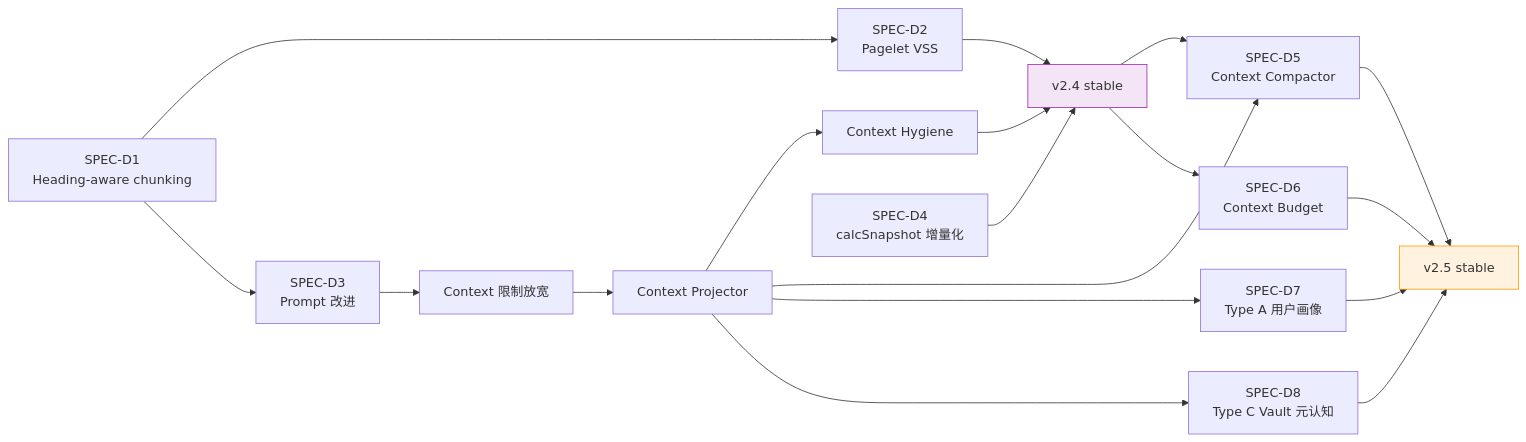
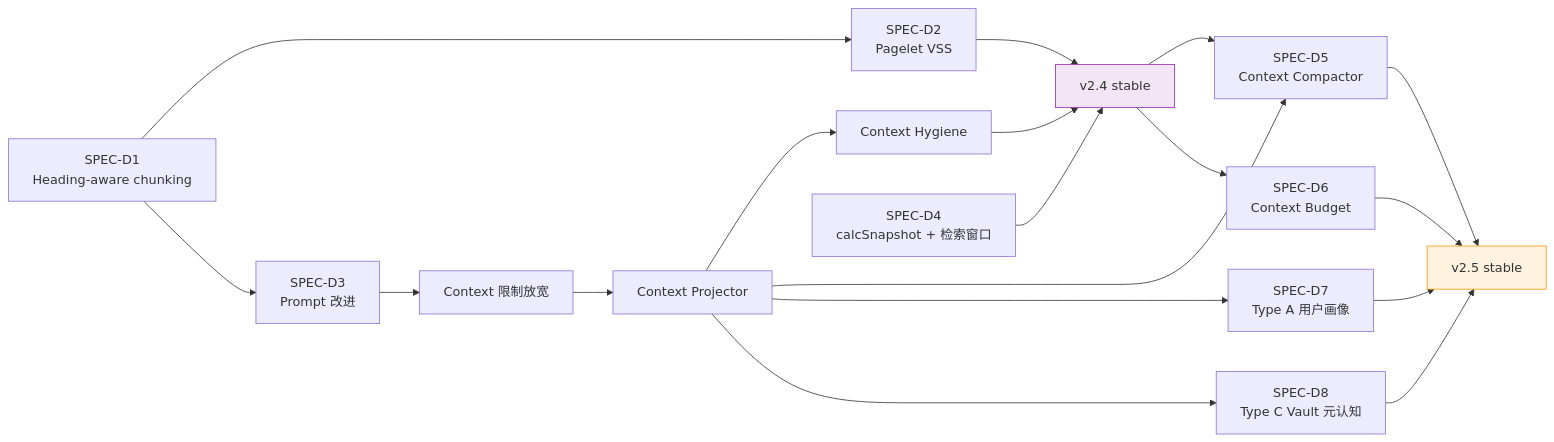
The first of 3 diagrams in docs/sdd-ai-insight-foundation.md (edonyzpc/personal-assistant), drawn with Mermaid before and after one commit. The commit also changed other lines of this file and 5 other files, not shown here.

````diff
--- a/docs/sdd-ai-insight-foundation.md
+++ b/docs/sdd-ai-insight-foundation.md
@@ -32,24 +41,24 @@
 ```mermaid
 graph LR
     D1[SPEC-D1<br/>Heading-aware chunking] --> D2[SPEC-D2<br/>Pagelet VSS]
     D1 --> D3[SPEC-D3<br/>Prompt 改进]
     D3 --> LIMITS[Context 限制放宽]
     LIMITS --> PROJ[Context Projector]
     PROJ --> HYG[Context Hygiene]
     HYG --> V24[v2.4 stable]
     D2 --> V24
-    D4[SPEC-D4<br/>calcSnapshot 增量化] --> V24
+    D4[SPEC-D4<br/>calcSnapshot + 检索窗口] --> V24
 
     V24 --> D5[SPEC-D5<br/>Context Compactor]
     V24 --> D6[SPEC-D6<br/>Context Budget]
     PROJ --> D5
     PROJ --> D7[SPEC-D7<br/>Type A 用户画像]
     PROJ --> D8[SPEC-D8<br/>Type C Vault 元认知]
     D5 --> V25[v2.5 stable]
     D6 --> V25
     D7 --> V25
     D8 --> V25
 
     style V24 fill:#f3e5f5,stroke:#9c27b0
     style V25 fill:#fff3e0,stroke:#ff9800
 ```
````
